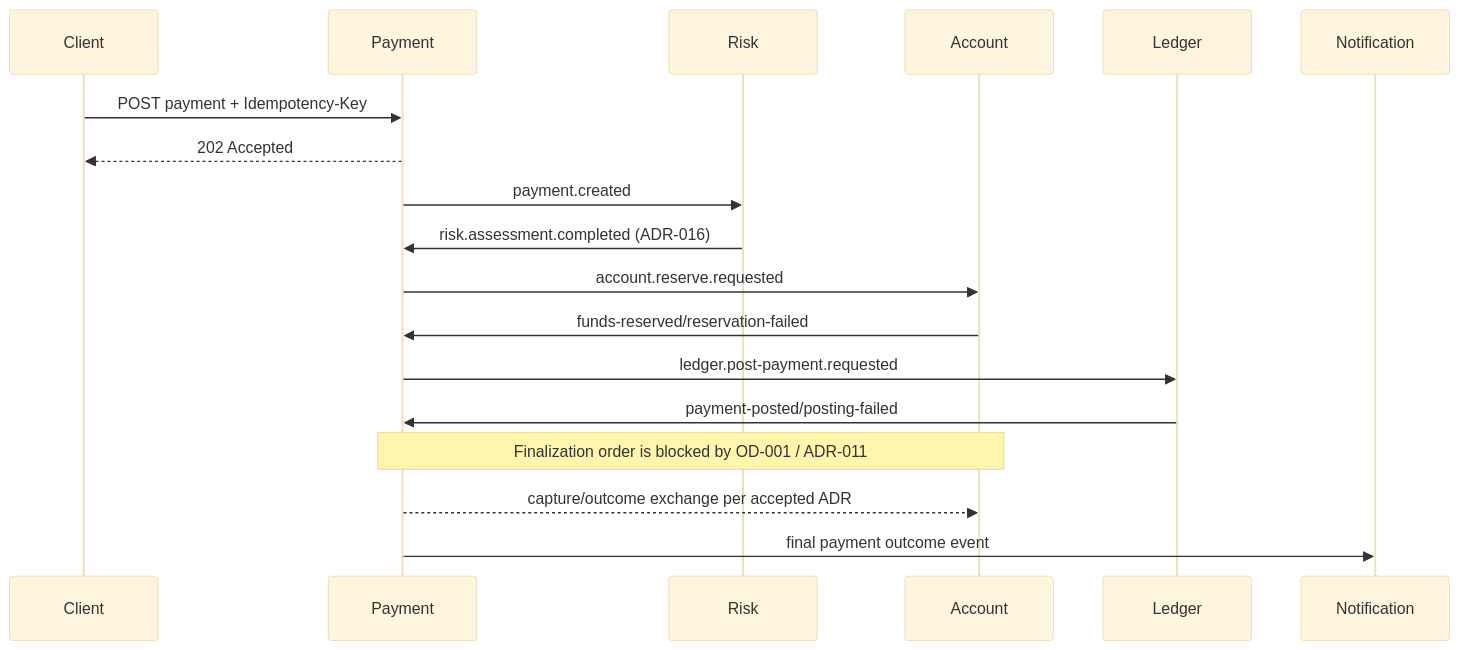
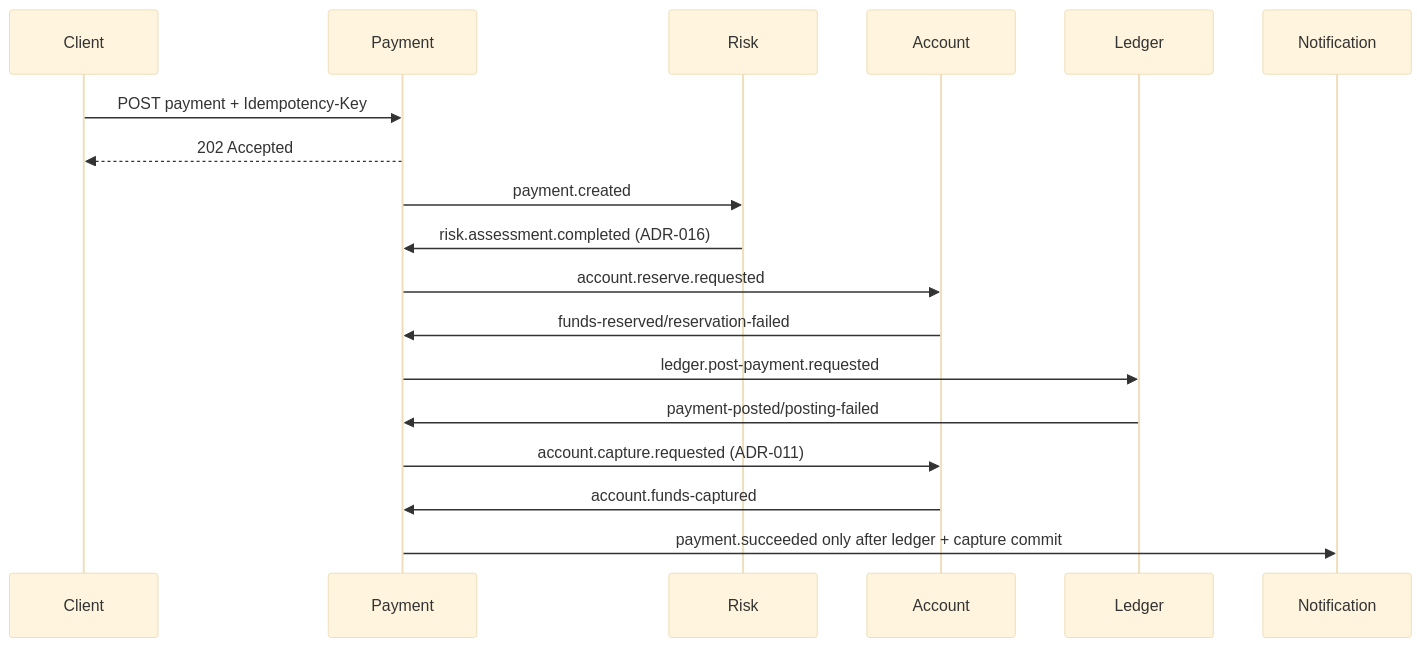
The second of 2 diagrams in .docs/ARCHITECTURE.md (LeMinhTien151202/payflow-payment-platform), drawn with Mermaid (base theme) before and after one commit. The commit also changed other lines of this file and 25 other files, not shown here.

Commit message:
feat: implement payment finalization saga, event contracts, and documentation for ledger-based capture ordering

````diff
--- a/.docs/ARCHITECTURE.md
+++ b/.docs/ARCHITECTURE.md
@@ -201,21 +201,21 @@
 ```mermaid
 sequenceDiagram
     participant C as Client
     participant P as Payment
     participant R as Risk
     participant A as Account
     participant L as Ledger
     participant N as Notification
 
     C->>P: POST payment + Idempotency-Key
     P-->>C: 202 Accepted
     P->>R: payment.created
     R->>P: risk.assessment.completed (ADR-016)
     P->>A: account.reserve.requested
     A->>P: funds-reserved/reservation-failed
     P->>L: ledger.post-payment.requested
     L->>P: payment-posted/posting-failed
-    Note over P,A: Finalization order is blocked by OD-001 / ADR-011
-    P-->>A: capture/outcome exchange per accepted ADR
-    P->>N: final payment outcome event
+    P->>A: account.capture.requested (ADR-011)
+    A->>P: account.funds-captured
+    P->>N: payment.succeeded only after ledger + capture commit
 ```
````
